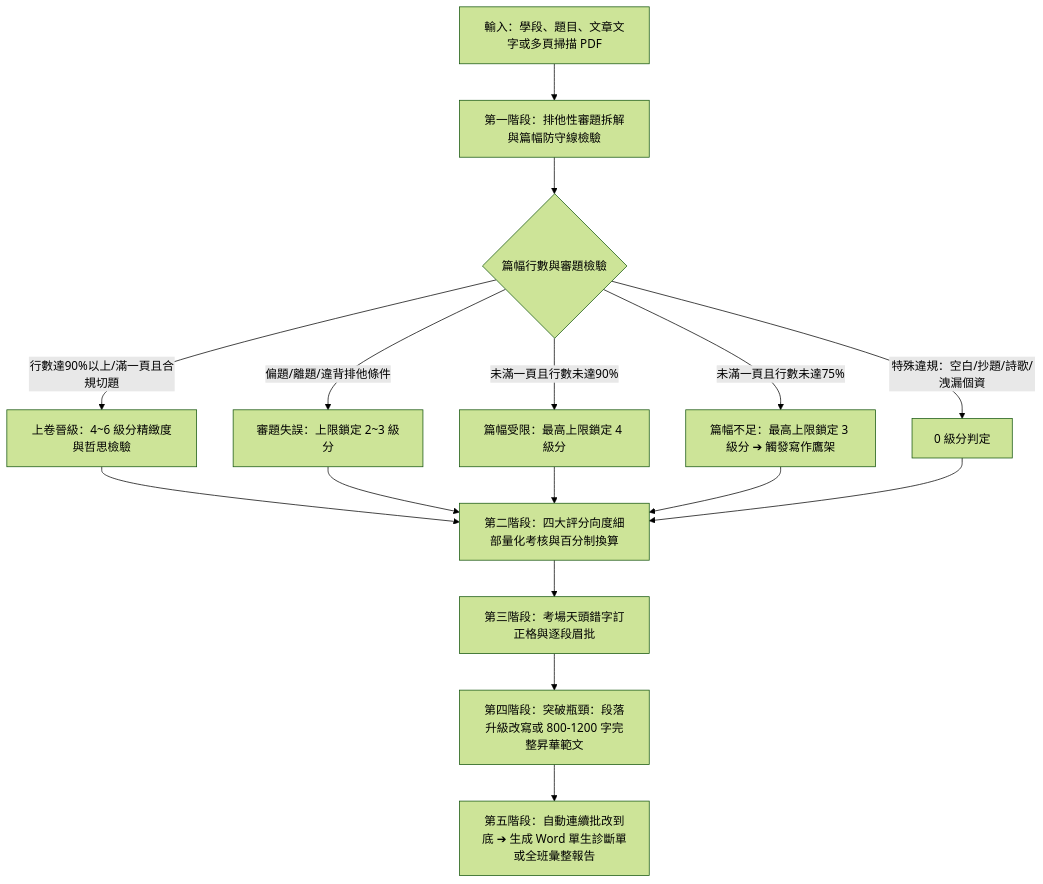
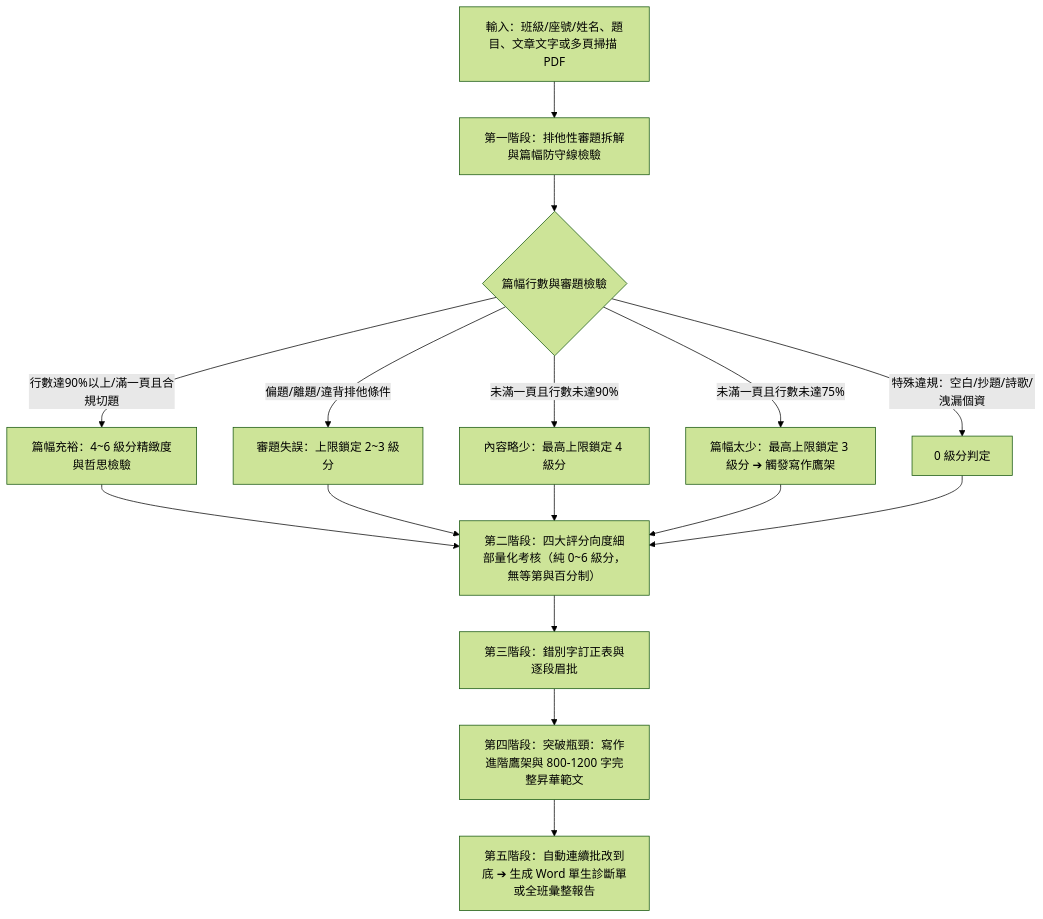
One commit to geniefu/chinese-essay-evaluator changed the diagram in SKILL.md. Above: the diagram before and after it, drawn with Mermaid (forest theme). The commit also changed other lines of this file and 6 other files, not shown here.

````diff
--- a/SKILL.md
+++ b/SKILL.md
@@ -53,14 +53,14 @@
 ```mermaid
 flowchart TD
-    A[輸入：學段、題目、文章文字或多頁掃描 PDF] --> B[第一階段：排他性審題拆解與篇幅防守線檢驗]
+    A[輸入：班級/座號/姓名、題目、文章文字或多頁掃描 PDF] --> B[第一階段：排他性審題拆解與篇幅防守線檢驗]
     B --> C{篇幅行數與審題檢驗}
-    C -->|未滿一頁且行數未達75%| D4[篇幅不足：最高上限鎖定 3 級分 ➔ 觸發寫作鷹架]
-    C -->|未滿一頁且行數未達90%| D3[篇幅受限：最高上限鎖定 4 級分]
+    C -->|未滿一頁且行數未達75%| D4[篇幅太少：最高上限鎖定 3 級分 ➔ 觸發寫作鷹架]
+    C -->|未滿一頁且行數未達90%| D3[內容略少：最高上限鎖定 4 級分]
     C -->|偏題/離題/違背排他條件| D2[審題失誤：上限鎖定 2~3 級分]
-    C -->|行數達90%以上/滿一頁且合規切題| D1[上卷晉級：4~6 級分精緻度與哲思檢驗]
+    C -->|行數達90%以上/滿一頁且合規切題| D1[篇幅充裕：4~6 級分精緻度與哲思檢驗]
     C -->|特殊違規：空白/抄題/詩歌/洩漏個資| D0[0 級分判定]
-    D1 & D2 & D3 & D4 & D0 --> E[第二階段：四大評分向度細部量化考核與百分制換算]
-    E --> F[第三階段：考場天頭錯字訂正格與逐段眉批]
-    F --> G[第四階段：突破瓶頸：段落升級改寫或 800-1200 字完整昇華範文]
+    D1 & D2 & D3 & D4 & D0 --> E[第二階段：四大評分向度細部量化考核（純 0~6 級分，無等第與百分制）]
+    E --> F[第三階段：錯別字訂正表與逐段眉批]
+    F --> G[第四階段：突破瓶頸：寫作進階鷹架與 800-1200 字完整昇華範文]
     G --> H[第五階段：自動連續批改到底 ➔ 生成 Word 單生診斷單或全班彙整報告]
 ```
````
